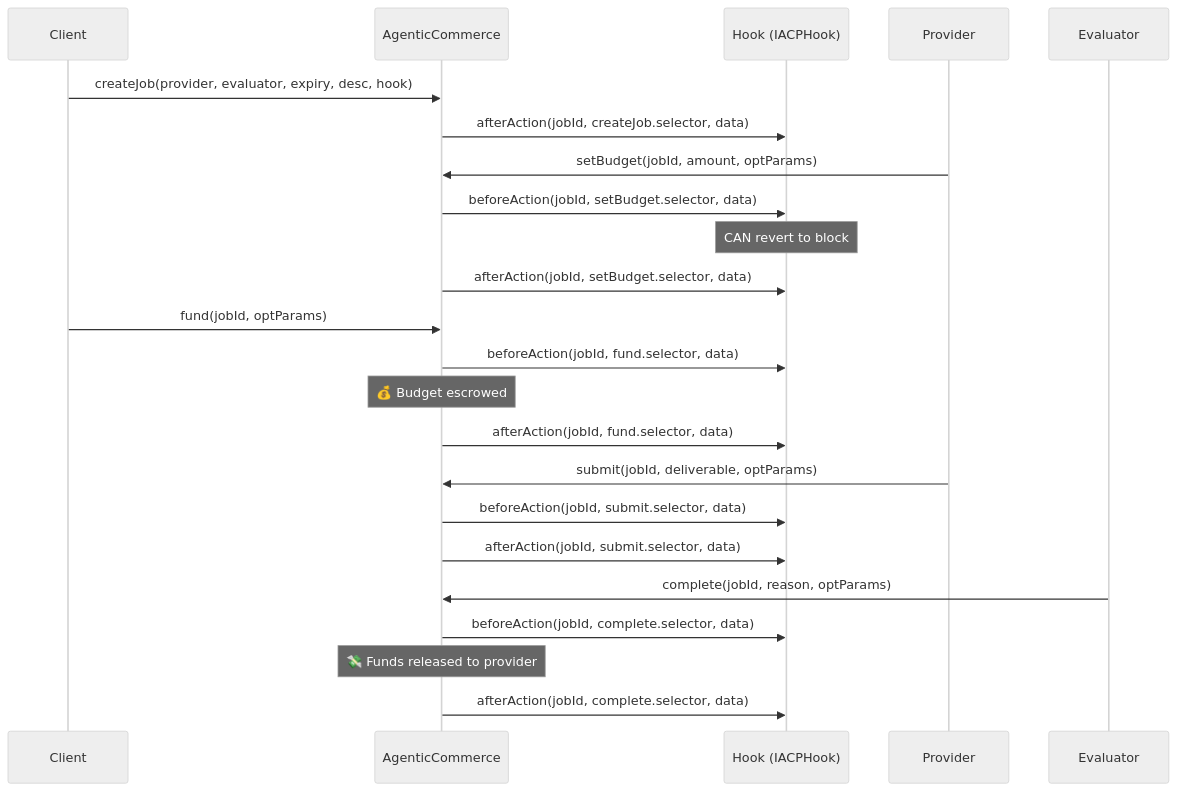
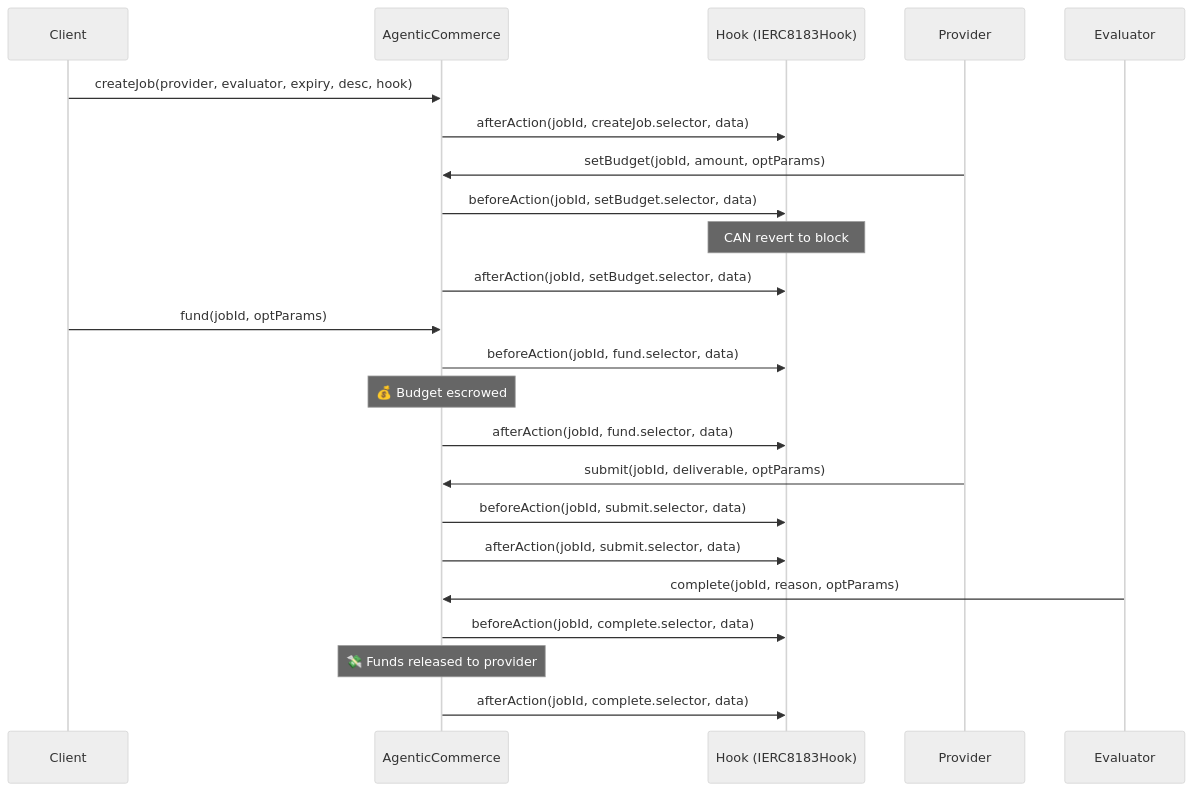
The third of 3 diagrams in docs/01-architecture.md (erc-8183/base-contracts), drawn with Mermaid (neutral theme) before and after one commit. The commit also changed other lines of this file and 7 other files, not shown here.

````diff
--- a/docs/01-architecture.md
+++ b/docs/01-architecture.md
@@ -52,30 +52,30 @@
 ```mermaid
 sequenceDiagram
     participant C as Client
     participant AC as AgenticCommerce
-    participant H as Hook (IACPHook)
+    participant H as Hook (IERC8183Hook)
     participant P as Provider
     participant E as Evaluator
 
     C->>AC: createJob(provider, evaluator, expiry, desc, hook)
     AC->>H: afterAction(jobId, createJob.selector, data)
 
     P->>AC: setBudget(jobId, amount, optParams)
     AC->>H: beforeAction(jobId, setBudget.selector, data)
     Note over H: CAN revert to block
     AC->>H: afterAction(jobId, setBudget.selector, data)
 
     C->>AC: fund(jobId, optParams)
     AC->>H: beforeAction(jobId, fund.selector, data)
     Note over AC: 💰 Budget escrowed
     AC->>H: afterAction(jobId, fund.selector, data)
 
     P->>AC: submit(jobId, deliverable, optParams)
     AC->>H: beforeAction(jobId, submit.selector, data)
     AC->>H: afterAction(jobId, submit.selector, data)
 
     E->>AC: complete(jobId, reason, optParams)
     AC->>H: beforeAction(jobId, complete.selector, data)
     Note over AC: 💸 Funds released to provider
     AC->>H: afterAction(jobId, complete.selector, data)
 ```
````
